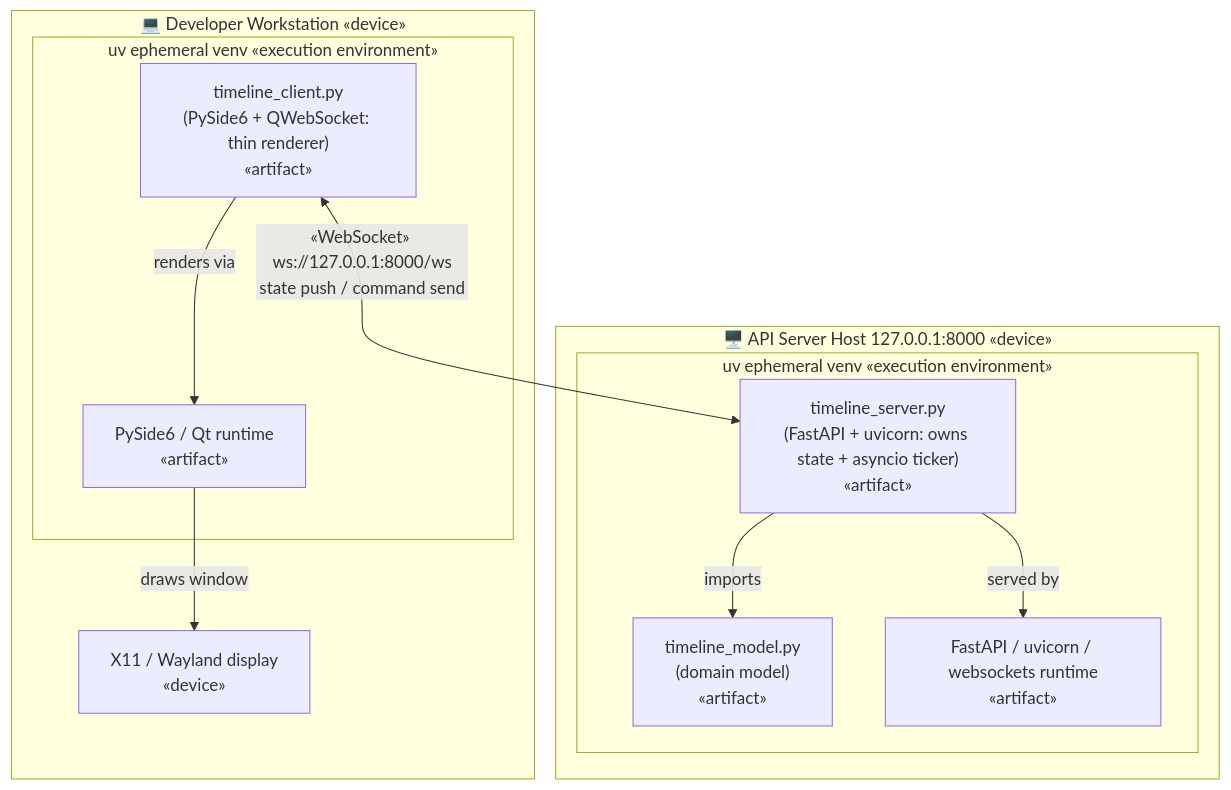
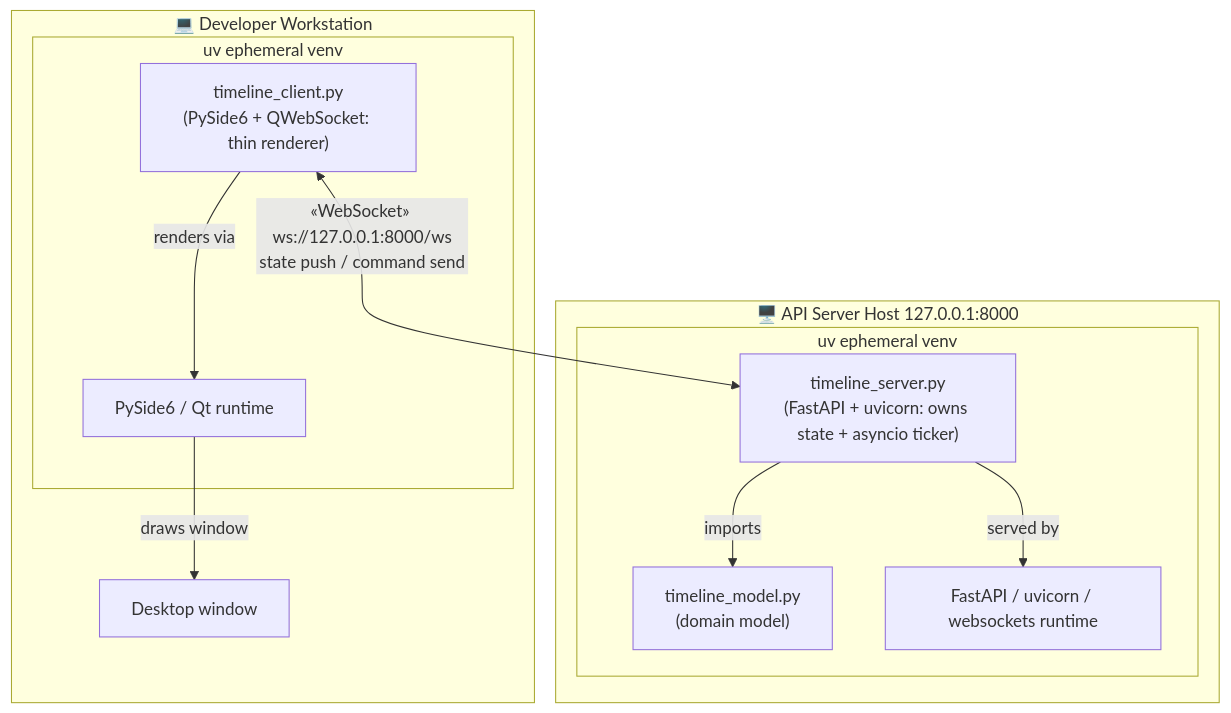
Before and after one commit to thomanil/tech-sandbox: the second of 6 diagrams in README.md, drawn with Mermaid. The commit also changed other lines of this file, not shown here.

````diff
--- a/README.md
+++ b/README.md
@@ -118,24 +118,24 @@
 ```mermaid
 flowchart TB
-  subgraph clientdev["💻 Developer Workstation &laquo;device&raquo;"]
-    subgraph uvclient["uv ephemeral venv &laquo;execution environment&raquo;"]
-      client["timeline_client.py<br/>(PySide6 + QWebSocket: thin renderer)<br/>&laquo;artifact&raquo;"]
-      qt["PySide6 / Qt runtime<br/>&laquo;artifact&raquo;"]
+  subgraph clientdev["💻 Developer Workstation"]
+    subgraph uvclient["uv ephemeral venv"]
+      client["timeline_client.py<br/>(PySide6 + QWebSocket: thin renderer)"]
+      qt["PySide6 / Qt runtime"]
     end
-    display["X11 / Wayland display<br/>&laquo;device&raquo;"]
+    display["Desktop window"]
   end
 
-  subgraph serverdev["🖥️ API Server Host 127.0.0.1:8000 &laquo;device&raquo;"]
-    subgraph uvserver["uv ephemeral venv &laquo;execution environment&raquo;"]
-      server["timeline_server.py<br/>(FastAPI + uvicorn: owns state + asyncio ticker)<br/>&laquo;artifact&raquo;"]
-      model["timeline_model.py<br/>(domain model)<br/>&laquo;artifact&raquo;"]
-      fastapi["FastAPI / uvicorn / websockets runtime<br/>&laquo;artifact&raquo;"]
+  subgraph serverdev["🖥️ API Server Host 127.0.0.1:8000"]
+    subgraph uvserver["uv ephemeral venv"]
+      server["timeline_server.py<br/>(FastAPI + uvicorn: owns state + asyncio ticker)"]
+      model["timeline_model.py<br/>(domain model)"]
+      fastapi["FastAPI / uvicorn / websockets runtime"]
     end
   end
 
   client <-->|"&laquo;WebSocket&raquo; ws://127.0.0.1:8000/ws<br/>state push / command send"| server
   server -->|imports| model
   server -->|served by| fastapi
   client -->|renders via| qt
   qt -->|draws window| display
 ```
````
